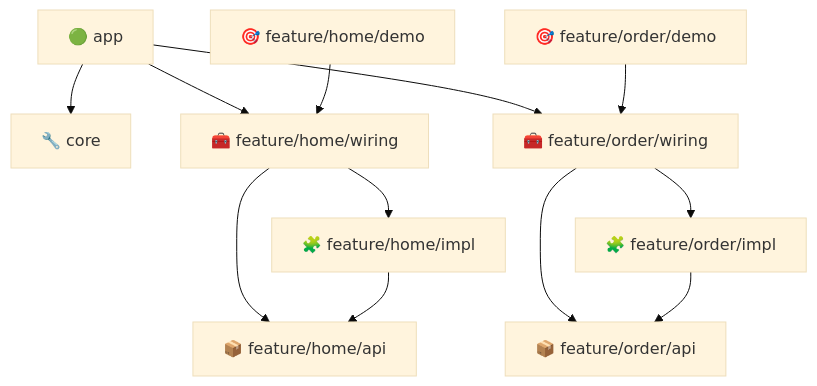
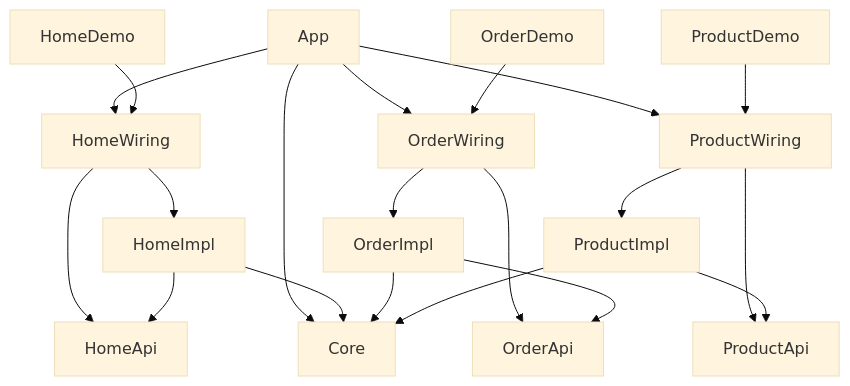
The first of 3 diagrams in README.md (vyshas/modulartemplate), drawn with Mermaid (base theme) before and after one commit. The commit also changed other lines of this file, not shown here.

````diff
--- a/README.md
+++ b/README.md
@@ -93,29 +82,26 @@
 ```mermaid
 graph TD
-  App["🟢 app"]
-  Core["🔧 core"]
-  HomeAPI["📦 feature/home/api"]
-  HomeImpl["🧩 feature/home/impl"]
-  HomeWiring["🧰 feature/home/wiring"]
-  HomeDemo["🎯 feature/home/demo"]
-  OrderAPI["📦 feature/order/api"]
-  OrderImpl["🧩 feature/order/impl"]
-  OrderWiring["🧰 feature/order/wiring"]
-  OrderDemo["🎯 feature/order/demo"]
-
   App --> HomeWiring
   App --> OrderWiring
+  App --> ProductWiring
   App --> Core
 
   HomeWiring --> HomeImpl
-  HomeWiring --> HomeAPI
+  HomeWiring --> HomeApi
+  HomeImpl --> HomeApi
+  HomeImpl --> Core
 
   OrderWiring --> OrderImpl
-  OrderWiring --> OrderAPI
+  OrderWiring --> OrderApi
+  OrderImpl --> OrderApi
+  OrderImpl --> Core
 
-  HomeImpl --> HomeAPI
-  OrderImpl --> OrderAPI
+  ProductWiring --> ProductImpl
+  ProductWiring --> ProductApi
+  ProductImpl --> ProductApi
+  ProductImpl --> Core
 
   HomeDemo --> HomeWiring
   OrderDemo --> OrderWiring
+  ProductDemo --> ProductWiring
 ```
````
